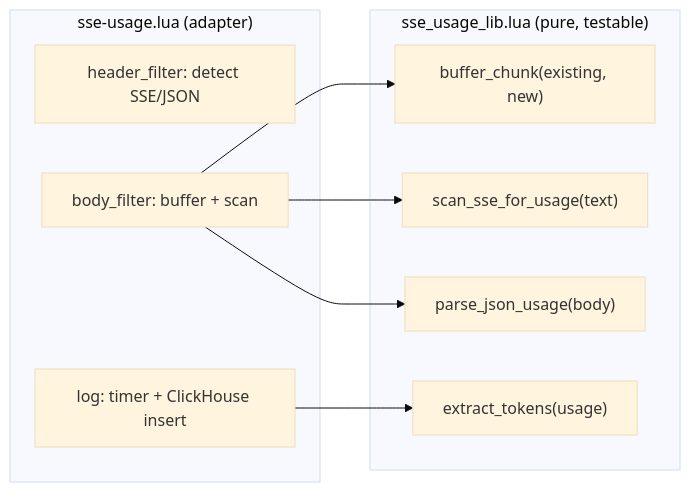
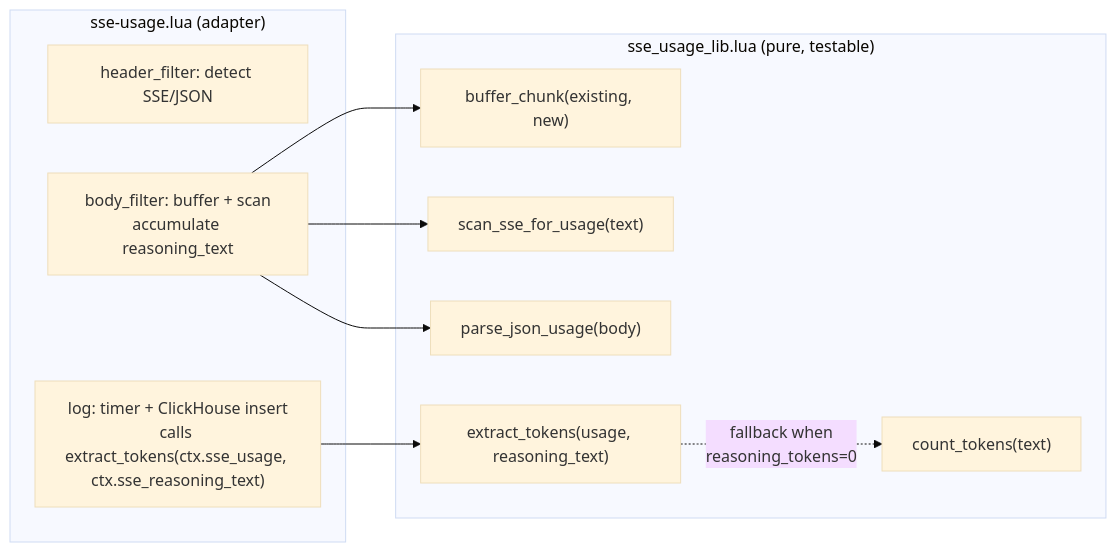
One commit to Independent-AI-Labs/WORKSPACE-GATEWAY changed the seventh of 16 diagrams in docs/ARCHITECTURE.md. Above: the diagram before and after it, drawn with Mermaid (base theme). The commit also changed other lines of this file and 50 other files, not shown here.

````diff
--- a/docs/ARCHITECTURE.md
+++ b/docs/ARCHITECTURE.md
@@ -495,20 +728,22 @@
 ```mermaid
 flowchart LR
     subgraph "sse_usage_lib.lua (pure, testable)"
         L1["buffer_chunk(existing, new)"]
         L2["scan_sse_for_usage(text)"]
         L3["parse_json_usage(body)"]
-        L4["extract_tokens(usage)"]
+        L4["extract_tokens(usage, reasoning_text)"]
+        L5["count_tokens(text)"]
     end
 
     subgraph "sse-usage.lua (adapter)"
         A1["header_filter: detect SSE/JSON"]
-        A2["body_filter: buffer + scan"]
-        A3["log: timer + ClickHouse insert"]
+        A2["body_filter: buffer + scan<br/>accumulate reasoning_text"]
+        A3["log: timer + ClickHouse insert<br/>calls extract_tokens(ctx.sse_usage, ctx.sse_reasoning_text)"]
     end
 
     A2 --> L1
     A2 --> L2
     A2 --> L3
     A3 --> L4
+    L4 -.->|"fallback when<br/>reasoning_tokens=0"| L5
 ```
````
